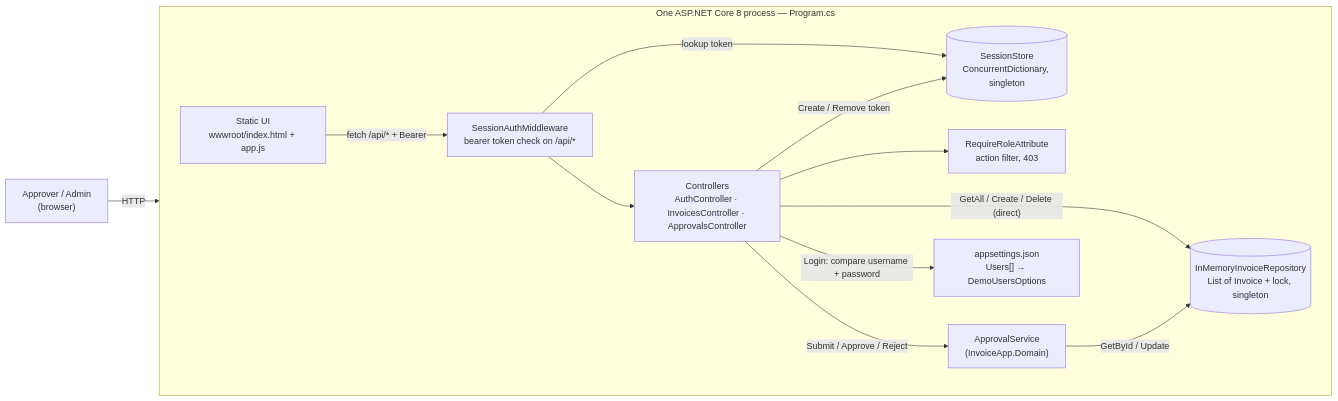
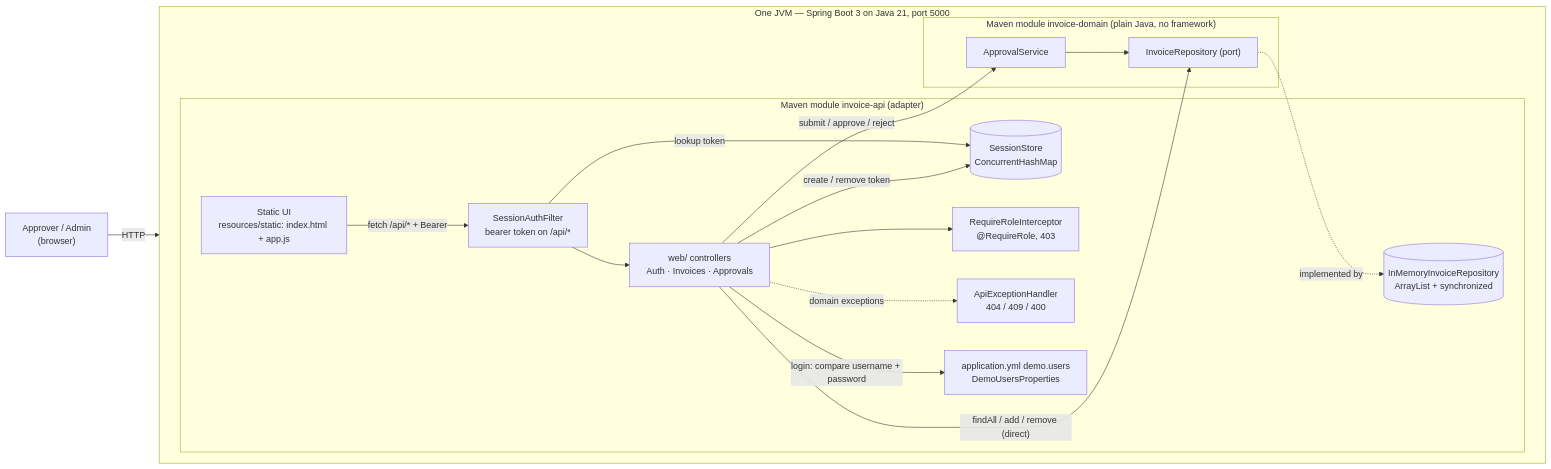
One commit to aranimondal/invoice-approval-prod-readiness changed the diagram in docs/architecture/as-built-container.mmd. Above: the diagram before and after it, drawn with Mermaid. The commit also changed 9 other files, not shown here.

First line of the commit message:
Update architecture docs for the Java port and add rendered diagrams

```diff
--- a/docs/architecture/as-built-container.mmd
+++ b/docs/architecture/as-built-container.mmd
@@ -1,27 +1,35 @@
-%% As-built container view. Source of truth for docs/architecture/as-built.md
+%% As-built container view (Java 21 / Spring Boot). Source for docs/architecture/as-built.md.
 %% Every node is cited in the citations table in as-built.md.
 flowchart LR
     user["Approver / Admin<br/>(browser)"]
 
-    subgraph host["One ASP.NET Core 8 process — Program.cs"]
+    subgraph jvm["One JVM — Spring Boot 3 on Java 21, port 5000"]
         direction LR
-        ui["Static UI<br/>wwwroot/index.html + app.js"]
-        mw["SessionAuthMiddleware<br/>bearer token check on /api/*"]
-        ctrl["Controllers<br/>AuthController · InvoicesController · ApprovalsController"]
-        roles["RequireRoleAttribute<br/>action filter, 403"]
-        svc["ApprovalService<br/>(InvoiceApp.Domain)"]
-        repo[("InMemoryInvoiceRepository<br/>List of Invoice + lock, singleton")]
-        sessions[("SessionStore<br/>ConcurrentDictionary, singleton")]
-        cfg["appsettings.json<br/>Users[] → DemoUsersOptions"]
+        subgraph apimod["Maven module invoice-api (adapter)"]
+            ui["Static UI<br/>resources/static: index.html + app.js"]
+            filter["SessionAuthFilter<br/>bearer token on /api/*"]
+            ctrl["web/ controllers<br/>Auth · Invoices · Approvals"]
+            roles["RequireRoleInterceptor<br/>@RequireRole, 403"]
+            advice["ApiExceptionHandler<br/>404 / 409 / 400"]
+            repo[("InMemoryInvoiceRepository<br/>ArrayList + synchronized")]
+            sessions[("SessionStore<br/>ConcurrentHashMap")]
+            cfg["application.yml demo.users<br/>DemoUsersProperties"]
+        end
+        subgraph dommod["Maven module invoice-domain (plain Java, no framework)"]
+            svc["ApprovalService"]
+            port["InvoiceRepository (port)"]
+        end
     end
 
     user -->|HTTP| ui
-    ui -->|"fetch /api/* + Bearer"| mw
-    mw -->|lookup token| sessions
-    mw --> ctrl
+    ui -->|"fetch /api/* + Bearer"| filter
+    filter -->|lookup token| sessions
+    filter --> ctrl
     ctrl --> roles
-    ctrl -->|Submit / Approve / Reject| svc
-    ctrl -->|"GetAll / Create / Delete (direct)"| repo
-    svc -->|GetById / Update| repo
-    ctrl -->|"Login: compare username + password"| cfg
-    ctrl -->|Create / Remove token| sessions
+    ctrl -->|"submit / approve / reject"| svc
+    ctrl -->|"findAll / add / remove (direct)"| port
+    svc --> port
+    port -. implemented by .-> repo
+    ctrl -.->|domain exceptions| advice
+    ctrl -->|"login: compare username + password"| cfg
+    ctrl -->|"create / remove token"| sessions
```
